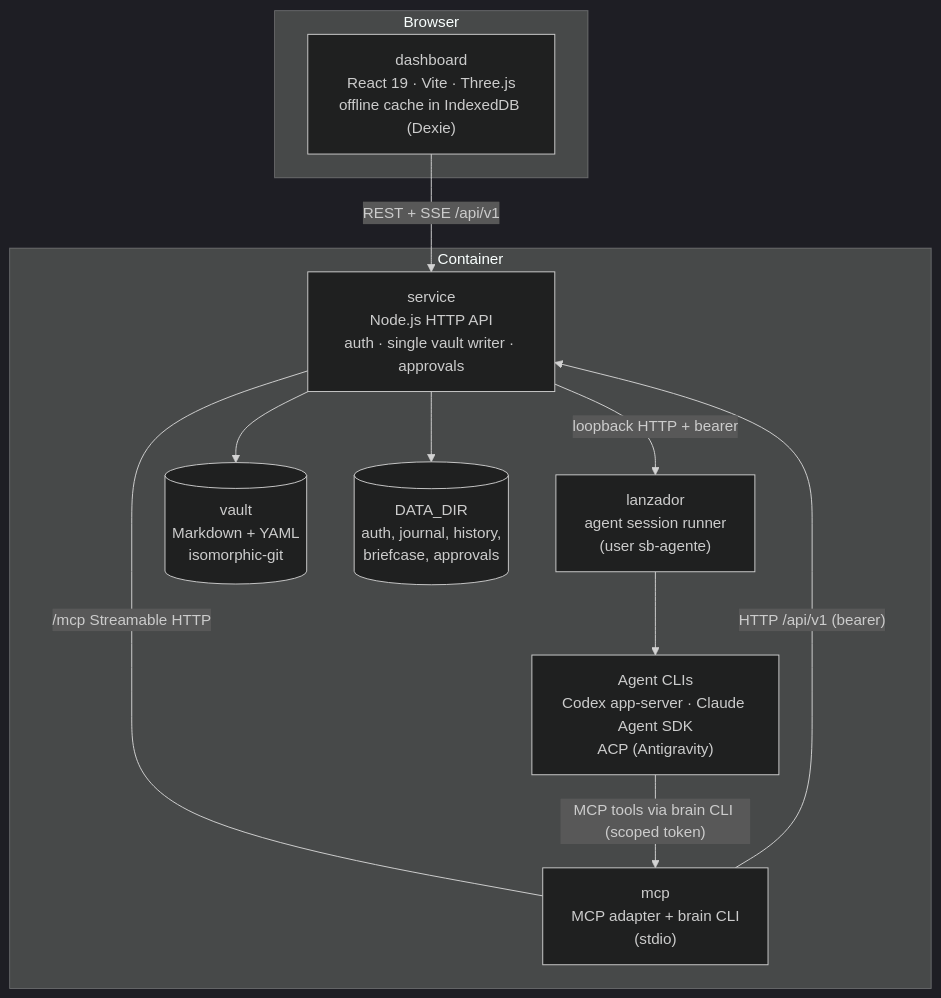
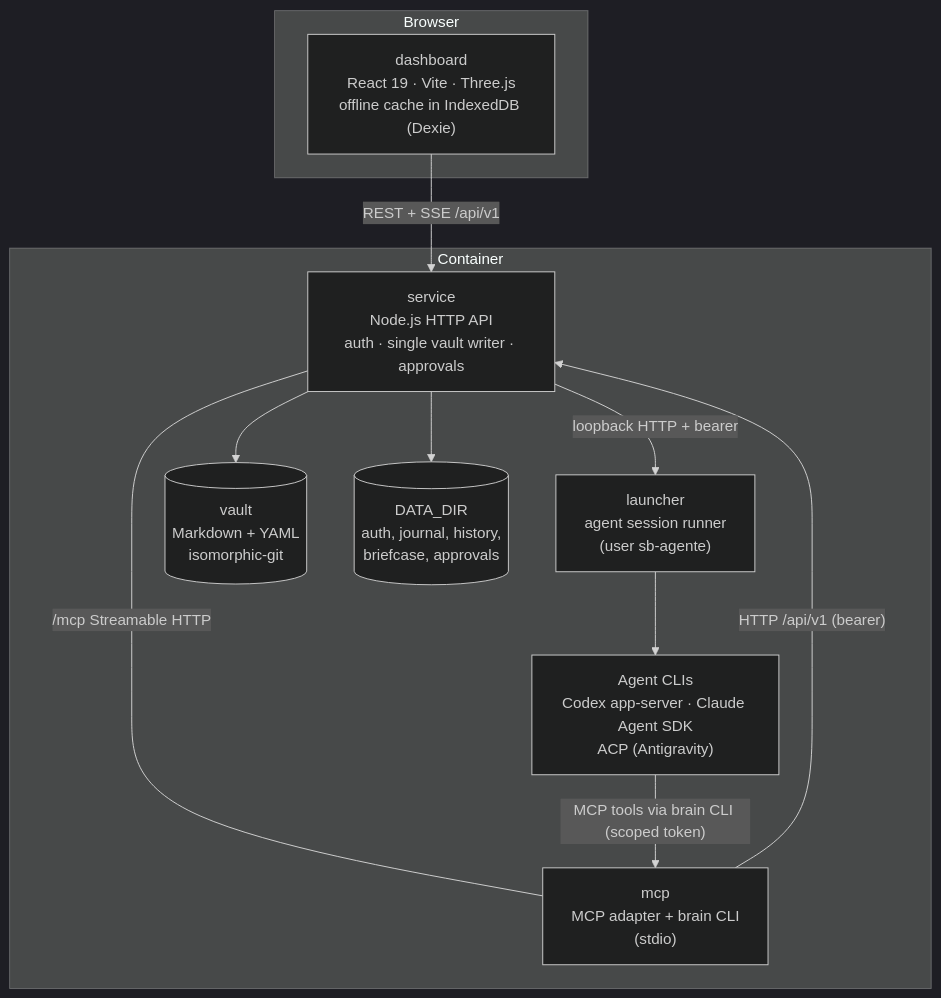
The second of 2 diagrams in docs/architecture/README.md (paul-jar4millo/SecondBrain), drawn with Mermaid (dark theme) before and after one commit. The commit also changed other lines of this file and 46 other files, not shown here.

````diff
--- a/docs/architecture/README.md
+++ b/docs/architecture/README.md
@@ -37,23 +37,23 @@
 ```mermaid
 flowchart TB
   subgraph browser["Browser"]
     dashboard["dashboard<br/>React 19 · Vite · Three.js<br/>offline cache in IndexedDB (Dexie)"]
   end
   subgraph lxc["Container"]
     service["service<br/>Node.js HTTP API<br/>auth · single vault writer · approvals"]
     mcp["mcp<br/>MCP adapter + brain CLI<br/>(stdio)"]
-    lanzador["lanzador<br/>agent session runner<br/>(user sb-agente)"]
+    launcher["launcher<br/>agent session runner<br/>(user sb-agente)"]
     vault[("vault<br/>Markdown + YAML<br/>isomorphic-git")]
     data[("DATA_DIR<br/>auth, journal, history,<br/>briefcase, approvals")]
     clis["Agent CLIs<br/>Codex app-server · Claude Agent SDK<br/>ACP (Antigravity)"]
   end
 
   dashboard -- "REST + SSE /api/v1" --> service
   mcp -- "HTTP /api/v1 (bearer)" --> service
   service -- "/mcp Streamable HTTP" --- mcp
-  service -- "loopback HTTP + bearer" --> lanzador
+  service -- "loopback HTTP + bearer" --> launcher
   service --> vault
   service --> data
-  lanzador --> clis
+  launcher --> clis
   clis -- "MCP tools via brain CLI (scoped token)" --> mcp
 ```
````
